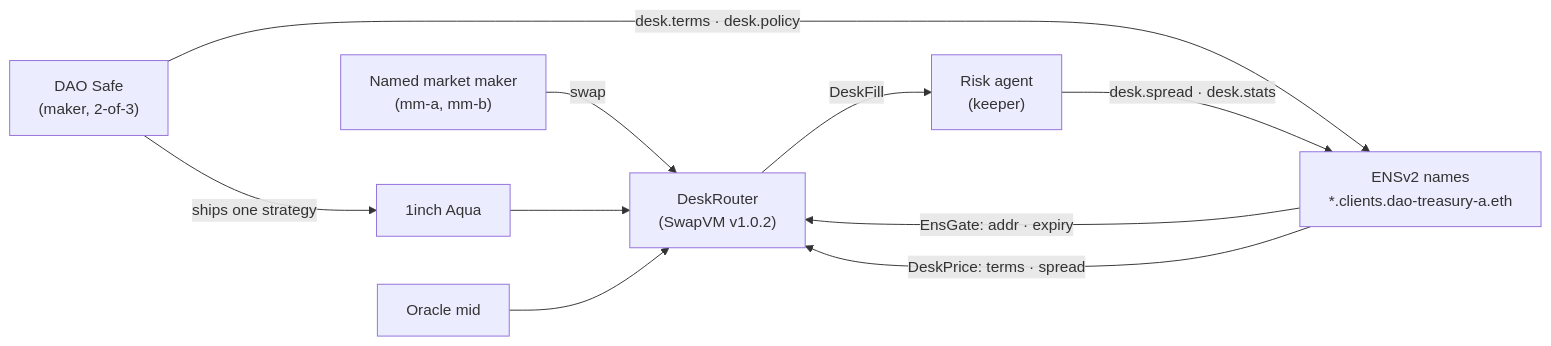
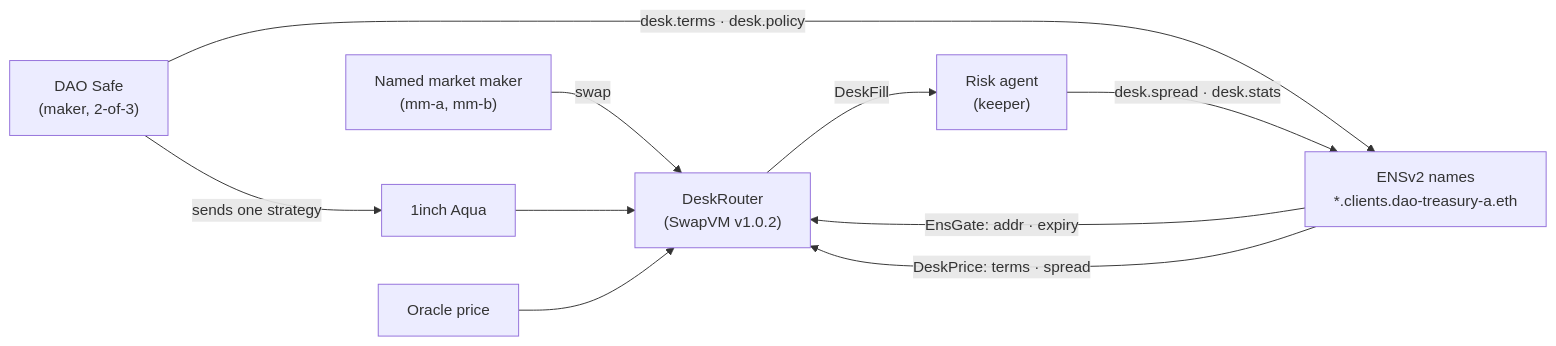
Before and after one commit to sdh2222/eth-tokyo: the diagram in README.md, drawn with Mermaid. The commit also changed other lines of this file and 2 other files, not shown here.

````diff
--- a/README.md
+++ b/README.md
@@ -62,12 +93,12 @@
 ```mermaid
 flowchart LR
-  Safe["DAO Safe<br/>(maker, 2-of-3)"] -- "ships one strategy" --> Aqua["1inch Aqua"]
+  Safe["DAO Safe<br/>(maker, 2-of-3)"] -- "sends one strategy" --> Aqua["1inch Aqua"]
   Safe -- "desk.terms · desk.policy" --> ENS["ENSv2 names<br/>*.clients.dao-treasury-a.eth"]
   Taker["Named market maker<br/>(mm-a, mm-b)"] -- "swap" --> Router["DeskRouter<br/>(SwapVM v1.0.2)"]
   Aqua --> Router
   ENS -- "EnsGate: addr · expiry" --> Router
   ENS -- "DeskPrice: terms · spread" --> Router
-  Oracle["Oracle mid"] --> Router
+  Oracle["Oracle price"] --> Router
   Router -- "DeskFill" --> Agent["Risk agent<br/>(keeper)"]
   Agent -- "desk.spread · desk.stats" --> ENS
 ```
````
